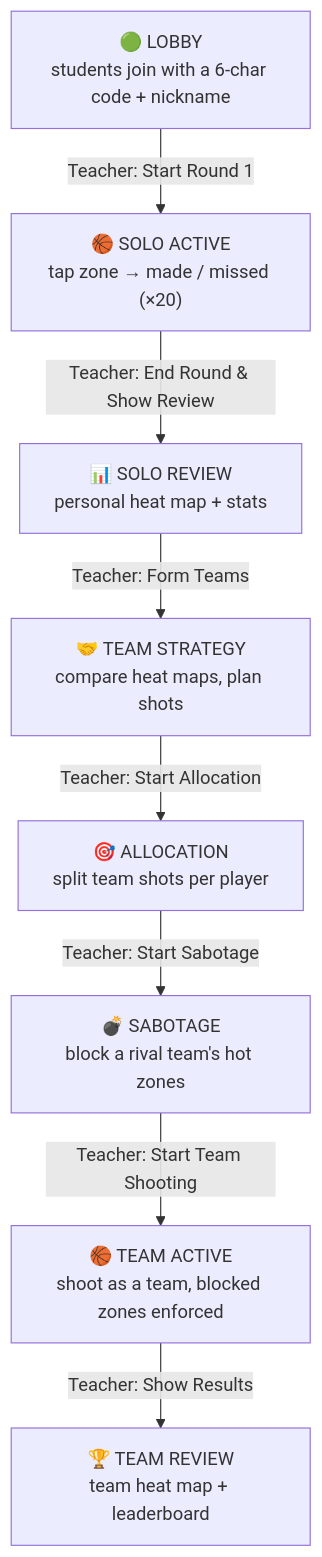
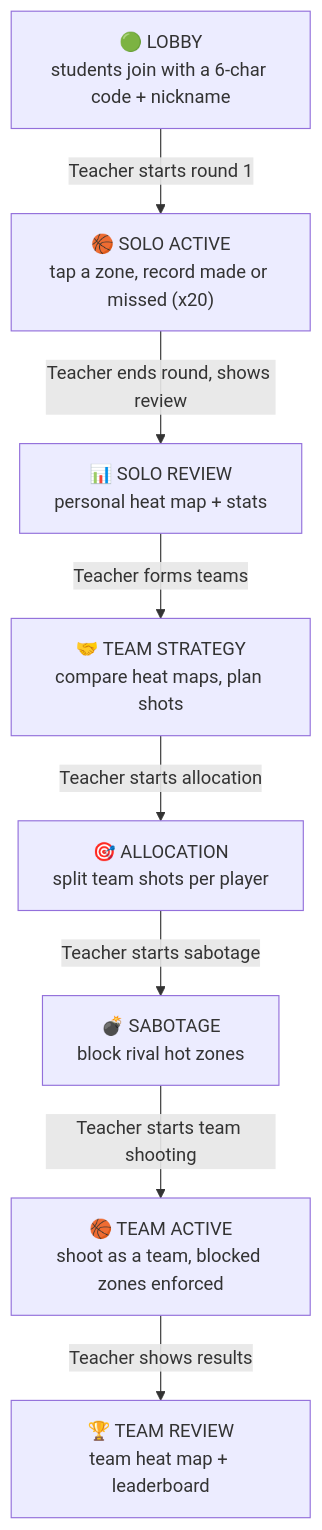
The diagram in README.md (pieroevcc/Basketball-Shot-Tracker), drawn with Mermaid before and after one commit. The commit also changed other lines of this file and 6 other files, not shown here.

````diff
--- a/README.md
+++ b/README.md
@@ -11,10 +11,10 @@
 ```mermaid
 flowchart TD
-    A["🟢 LOBBY<br/>students join with a 6-char code + nickname"] -->|"Teacher: Start Round 1"| B["🏀 SOLO ACTIVE<br/>tap zone → made / missed (×20)"]
-    B -->|"Teacher: End Round & Show Review"| C["📊 SOLO REVIEW<br/>personal heat map + stats"]
-    C -->|"Teacher: Form Teams"| D["🤝 TEAM STRATEGY<br/>compare heat maps, plan shots"]
-    D -->|"Teacher: Start Allocation"| E["🎯 ALLOCATION<br/>split team shots per player"]
-    E -->|"Teacher: Start Sabotage"| F["💣 SABOTAGE<br/>block a rival team's hot zones"]
-    F -->|"Teacher: Start Team Shooting"| G["🏀 TEAM ACTIVE<br/>shoot as a team, blocked zones enforced"]
-    G -->|"Teacher: Show Results"| H["🏆 TEAM REVIEW<br/>team heat map + leaderboard"]
+    A["🟢 LOBBY<br/>students join with a 6-char code + nickname"] -->|"Teacher starts round 1"| B["🏀 SOLO ACTIVE<br/>tap a zone, record made or missed (x20)"]
+    B -->|"Teacher ends round, shows review"| C["📊 SOLO REVIEW<br/>personal heat map + stats"]
+    C -->|"Teacher forms teams"| D["🤝 TEAM STRATEGY<br/>compare heat maps, plan shots"]
+    D -->|"Teacher starts allocation"| E["🎯 ALLOCATION<br/>split team shots per player"]
+    E -->|"Teacher starts sabotage"| F["💣 SABOTAGE<br/>block rival hot zones"]
+    F -->|"Teacher starts team shooting"| G["🏀 TEAM ACTIVE<br/>shoot as a team, blocked zones enforced"]
+    G -->|"Teacher shows results"| H["🏆 TEAM REVIEW<br/>team heat map + leaderboard"]
 ```
````
